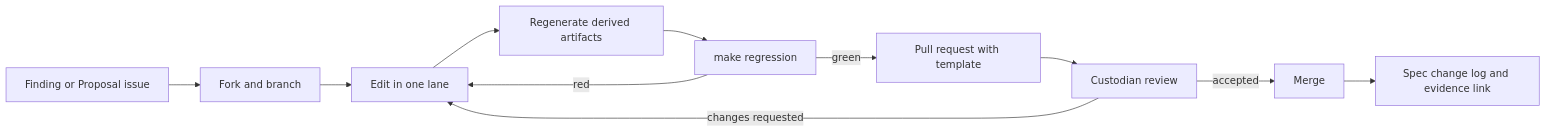
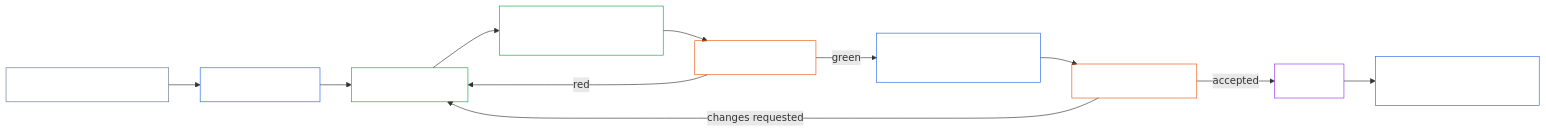
Before and after one commit to kfoelsch/Sentient_Constitution: the diagram in CONTRIBUTING.md, drawn with Mermaid. The commit also changed 22 other files, not shown here.

````diff
--- a/CONTRIBUTING.md
+++ b/CONTRIBUTING.md
@@ -130,13 +130,22 @@
 ```mermaid
 flowchart LR
   Issue[Finding or Proposal issue] --> Branch[Fork and branch]
   Branch --> Edit[Edit in one lane]
   Edit --> Regen[Regenerate derived artifacts]
   Regen --> Gate[make regression]
   Gate -->|red| Edit
   Gate -->|green| PR[Pull request with template]
   PR --> Review[Custodian review]
   Review -->|changes requested| Edit
   Review -->|accepted| Merge[Merge]
   Merge --> Log[Spec change log and evidence link]
+  style Issue fill:none,stroke:#64748b,color:#ffffff
+  style Branch fill:none,stroke:#2563eb,color:#ffffff
+  style Edit fill:none,stroke:#16a34a,color:#ffffff
+  style Regen fill:none,stroke:#16a34a,color:#ffffff
+  style Gate fill:none,stroke:#ea580c,color:#ffffff
+  style PR fill:none,stroke:#2563eb,color:#ffffff
+  style Review fill:none,stroke:#ea580c,color:#ffffff
+  style Merge fill:none,stroke:#9333ea,color:#ffffff
+  style Log fill:none,stroke:#2563eb,color:#ffffff
 ```
````
